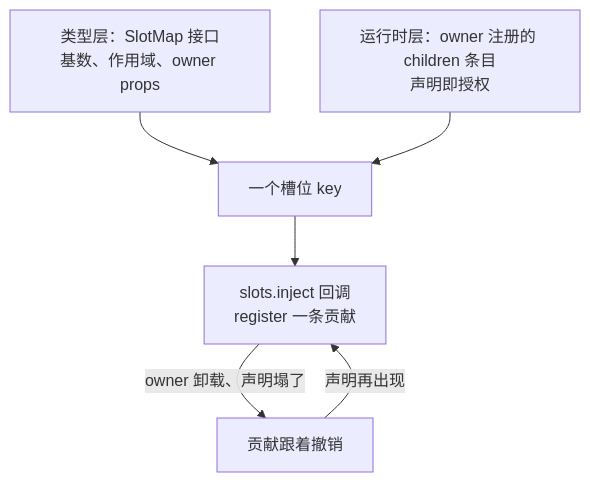
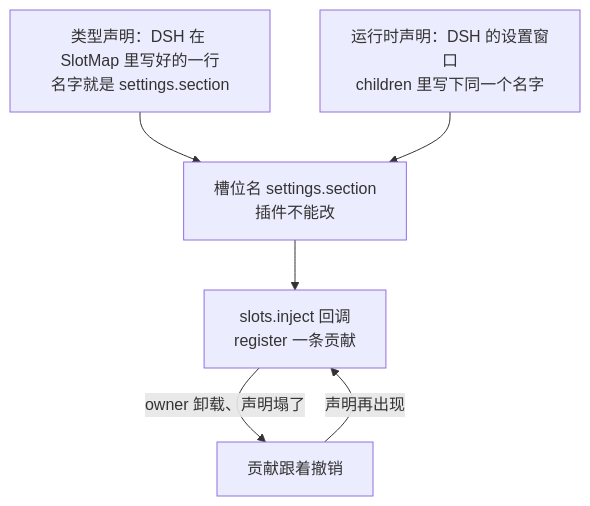
The fifth of 5 diagrams in dsh 插件开发学习/15-把 Host 数据展示到界面.md (anthonyzhao-4926/blog), drawn with Mermaid before and after one commit. The commit also changed other lines of this file and 1 other file, not shown here.

````diff
--- a/dsh 插件开发学习/15-把 Host 数据展示到界面.md
+++ b/dsh 插件开发学习/15-把 Host 数据展示到界面.md
@@ -285,8 +285,8 @@
 ```mermaid
 flowchart TD
-    A["类型层：SlotMap 接口<br/>基数、作用域、owner props"] --> S["一个槽位 key"]
-    B["运行时层：owner 注册的 children 条目<br/>声明即授权"] --> S
+    A["类型声明：DSH 在 SlotMap 里写好的一行<br/>名字就是 settings.section"] --> S["槽位名 settings.section<br/>插件不能改"]
+    B["运行时声明：DSH 的设置窗口<br/>children 里写下同一个名字"] --> S
     S --> C["slots.inject 回调<br/>register 一条贡献"]
     C -->|"owner 卸载、声明塌了"| D["贡献跟着撤销"]
     D -->|"声明再出现"| C
 ```
````
